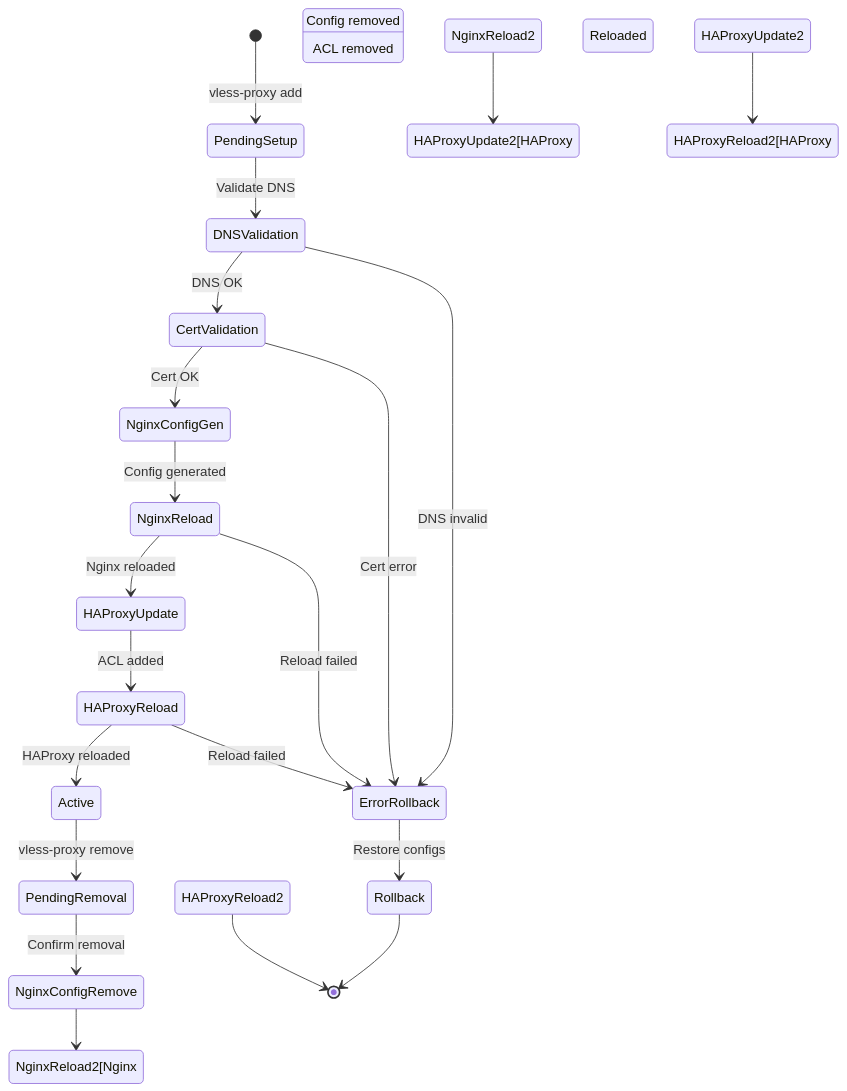
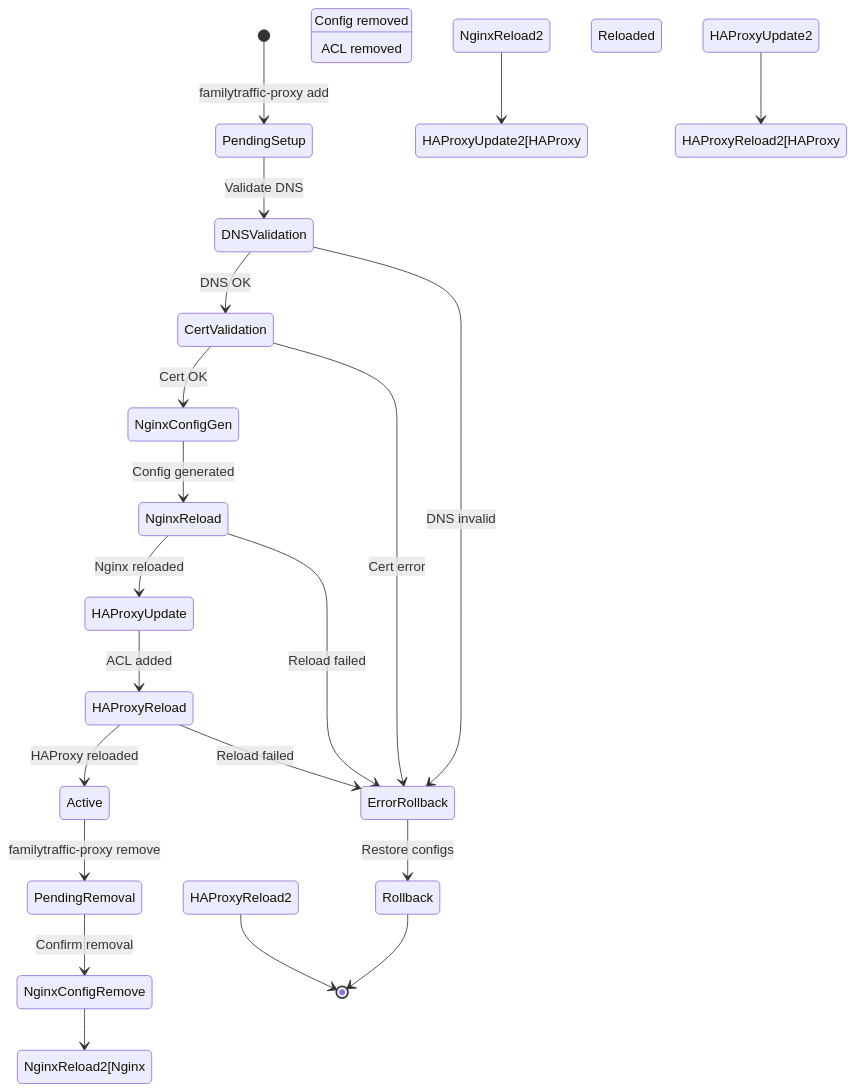
One commit to ikeniborn/vless changed the eighth of 8 diagrams in docs/architecture/diagrams/sequences/reverse-proxy-setup.md. Above: the diagram before and after it, drawn with Mermaid. The commit also changed other lines of this file and 66 other files, not shown here.

First line of the commit message:
refactor(rename): replace old project name 'vless' with 'familytraffic'

````diff
--- a/docs/architecture/diagrams/sequences/reverse-proxy-setup.md
+++ b/docs/architecture/diagrams/sequences/reverse-proxy-setup.md
@@ -391,27 +391,27 @@
 ```mermaid
 stateDiagram-v2
-    [*] --> PendingSetup : vless-proxy add
+    [*] --> PendingSetup : familytraffic-proxy add
 
     PendingSetup --> DNSValidation : Validate DNS
     DNSValidation --> CertValidation : DNS OK
     CertValidation --> NginxConfigGen : Cert OK
     NginxConfigGen --> NginxReload : Config generated
     NginxReload --> HAProxyUpdate : Nginx reloaded
     HAProxyUpdate --> HAProxyReload : ACL added
     HAProxyReload --> Active : HAProxy reloaded
 
-    Active --> PendingRemoval : vless-proxy remove
+    Active --> PendingRemoval : familytraffic-proxy remove
     PendingRemoval --> NginxConfigRemove : Confirm removal
     NginxConfigRemove --> NginxReload2[Nginx Reload] : Config removed
     NginxReload2 --> HAProxyUpdate2[HAProxy Update] : Reloaded
     HAProxyUpdate2 --> HAProxyReload2[HAProxy Reload] : ACL removed
     HAProxyReload2 --> [*]
 
     DNSValidation --> ErrorRollback : DNS invalid
     CertValidation --> ErrorRollback : Cert error
     NginxReload --> ErrorRollback : Reload failed
     HAProxyReload --> ErrorRollback : Reload failed
 
     ErrorRollback --> Rollback : Restore configs
     Rollback --> [*]
 ```
````
